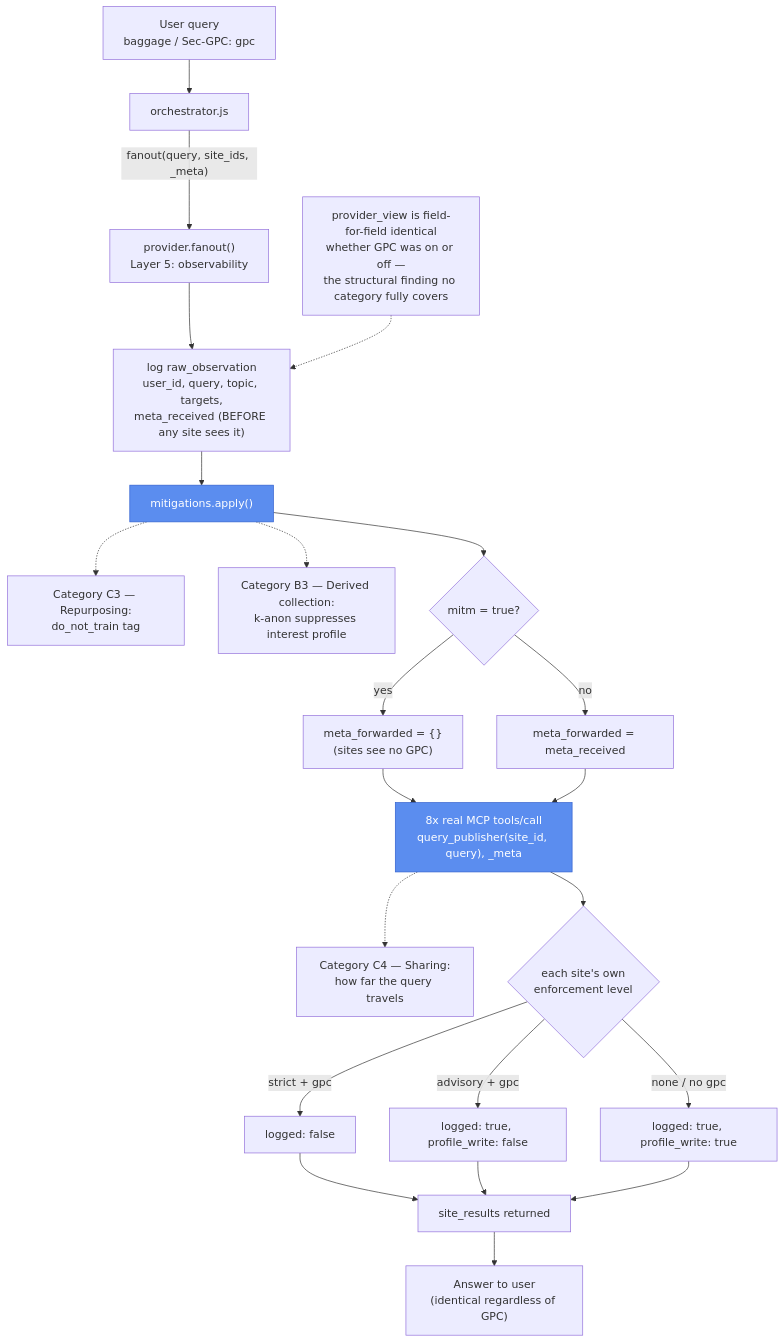
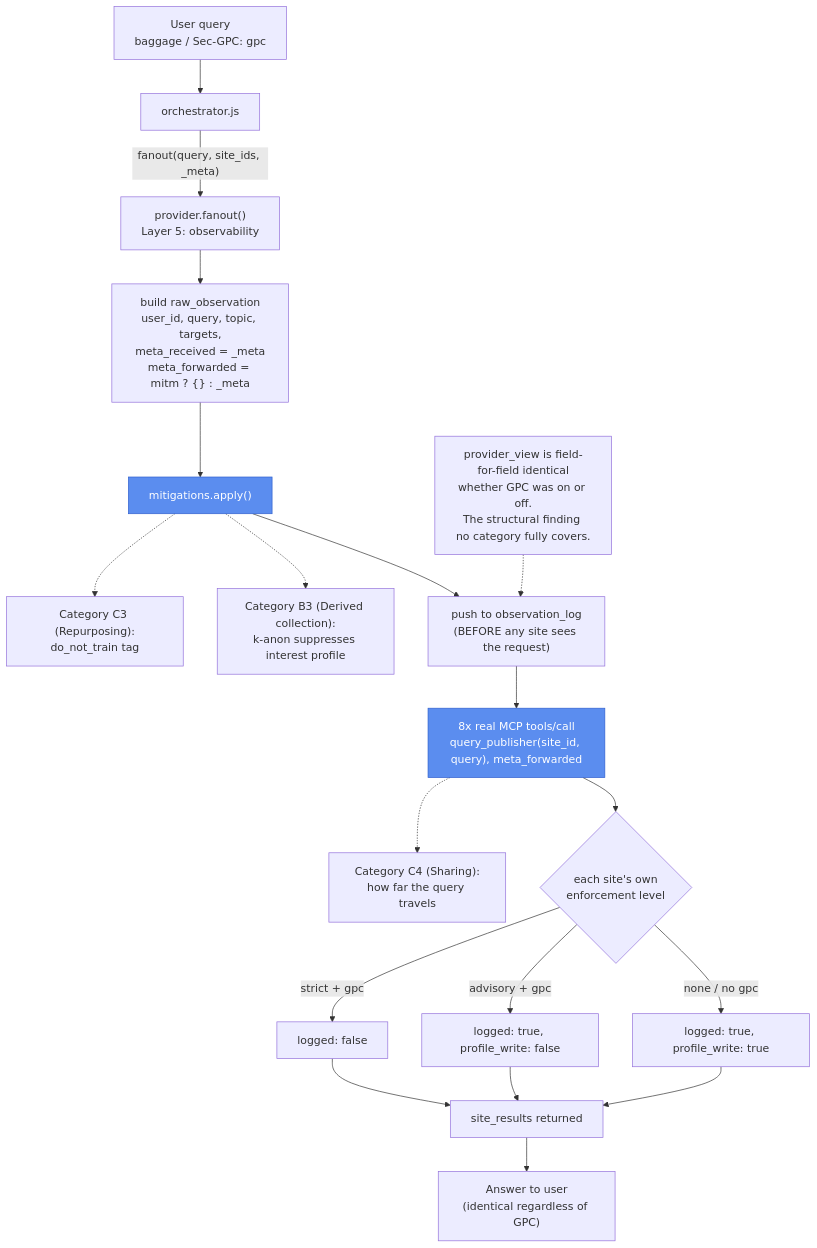
One commit to privacy-tech-lab/gpc-ai-agents-prototypes changed the diagram in prototype-4/README.md. Above: the diagram before and after it, drawn with Mermaid. The commit also changed other lines of this file and 7 other files, not shown here.

Commit message:
modified charts

````diff
--- a/prototype-4/README.md
+++ b/prototype-4/README.md
@@ -36,28 +36,25 @@
 ```mermaid
 flowchart TD
     U["User query\nbaggage / Sec-GPC: gpc"] --> O["orchestrator.js"]
     O -- "fanout(query, site_ids, _meta)" --> P["provider.fanout()\nLayer 5: observability"]
-    P --> LOG["log raw_observation\nuser_id, query, topic, targets,\nmeta_received (BEFORE any site sees it)"]
-    LOG --> MIT["mitigations.apply()"]
-    MIT -.-> C3["Category C3 — Repurposing:\ndo_not_train tag"]
-    MIT -.-> B3["Category B3 — Derived collection:\nk-anon suppresses interest profile"]
-    MIT --> MITM{"mitm = true?"}
-    MITM -- "yes" --> STRIP["meta_forwarded = {}\n(sites see no GPC)"]
-    MITM -- "no" --> FWD["meta_forwarded = meta_received"]
-    STRIP --> SITES
-    FWD --> SITES["8x real MCP tools/call\nquery_publisher(site_id, query), _meta"]
-    SITES -.-> C4["Category C4 — Sharing:\nhow far the query travels"]
+    P --> RAW["build raw_observation\nuser_id, query, topic, targets,\nmeta_received = _meta\nmeta_forwarded = mitm ? {} : _meta"]
+    RAW --> MIT["mitigations.apply()"]
+    MIT -.-> C3["Category C3 (Repurposing):\ndo_not_train tag"]
+    MIT -.-> B3["Category B3 (Derived collection):\nk-anon suppresses interest profile"]
+    MIT --> LOG["push to observation_log\n(BEFORE any site sees the request)"]
+    LOG --> SITES["8x real MCP tools/call\nquery_publisher(site_id, query), meta_forwarded"]
+    SITES -.-> C4["Category C4 (Sharing):\nhow far the query travels"]
     SITES --> DEC{"each site's own\nenforcement level"}
     DEC -- "strict + gpc" --> NOLOG["logged: false"]
     DEC -- "advisory + gpc" --> PARTIAL["logged: true, profile_write: false"]
     DEC -- "none / no gpc" --> FULL["logged: true, profile_write: true"]
     NOLOG --> RES["site_results returned"]
     PARTIAL --> RES
     FULL --> RES
     RES --> ANS["Answer to user\n(identical regardless of GPC)"]
 
-    NOTE["provider_view is field-for-field identical\nwhether GPC was on or off —\nthe structural finding no category fully covers"] -.-> LOG
+    NOTE["provider_view is field-for-field identical\nwhether GPC was on or off.\nThe structural finding no category fully covers."] -.-> LOG
 
     classDef category fill:#5b8def,stroke:#2f5fce,color:#fff
     class MIT,SITES category
 ```
````
